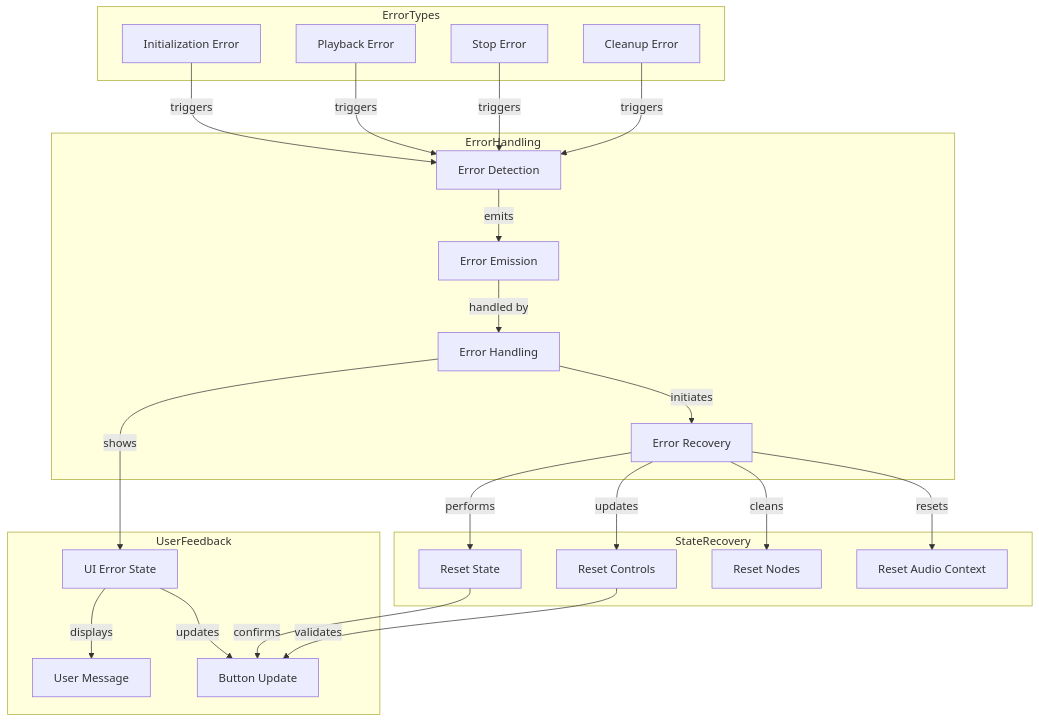
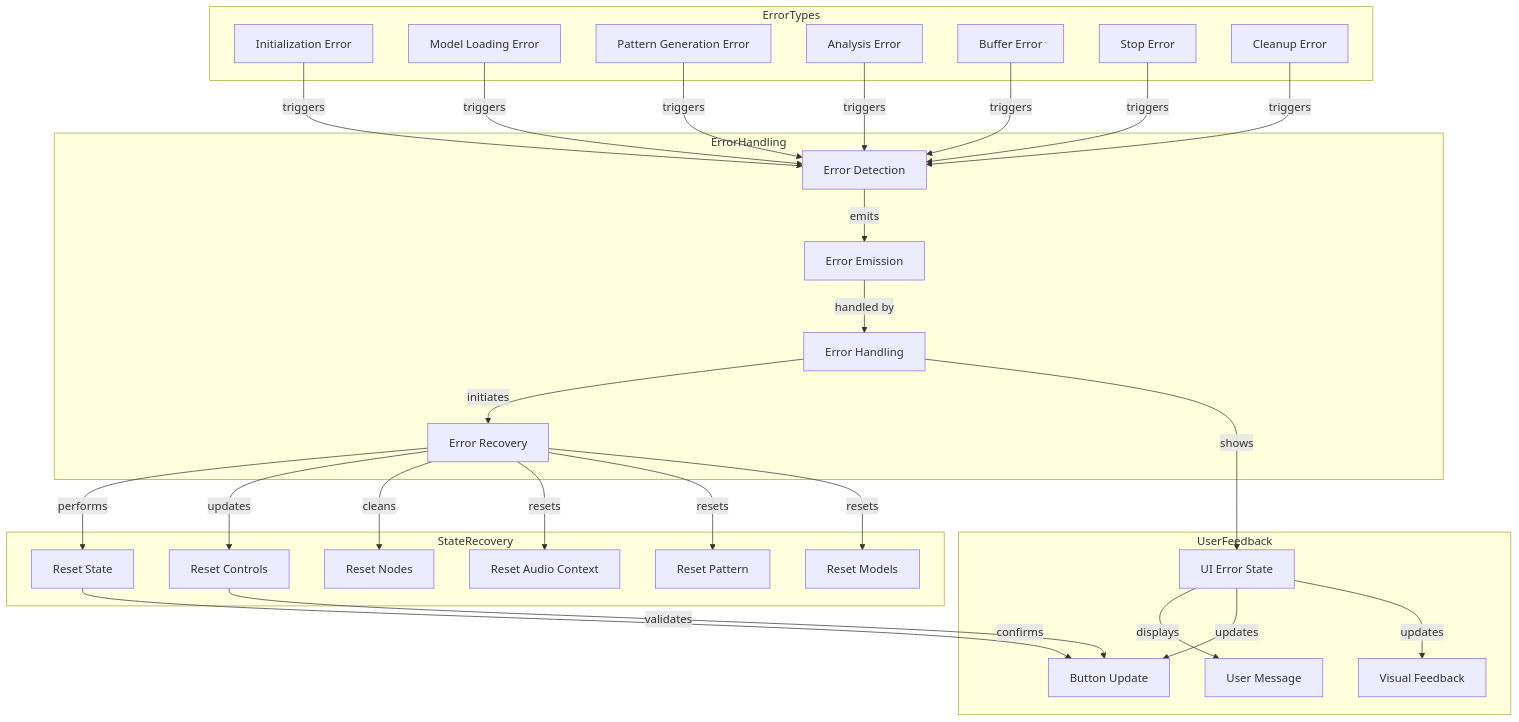
The third of 3 diagrams in diagrams/error-handling-flow.md (mgantlett/audio-viz), drawn with Mermaid before and after one commit. The commit also changed other lines of this file and 9 other files, not shown here.

First line of the commit message:
feat(audio): enhance audio system with Magenta pattern generation

````diff
--- a/diagrams/error-handling-flow.md
+++ b/diagrams/error-handling-flow.md
@@ -126,50 +156,62 @@
 ```mermaid
 graph TB
     subgraph ErrorTypes
         IE[Initialization Error]
-        PE[Playback Error]
+        ME[Model Loading Error]
+        PE[Pattern Generation Error]
+        AE[Analysis Error]
+        BE[Buffer Error]
         SE[Stop Error]
         CE[Cleanup Error]
     end
 
     subgraph ErrorHandling
         ED[Error Detection]
         EE[Error Emission]
         EH[Error Handling]
         ER[Error Recovery]
     end
 
     subgraph StateRecovery
         RS[Reset State]
         RC[Reset Controls]
         RN[Reset Nodes]
         RA[Reset Audio Context]
+        RP[Reset Pattern]
+        RM[Reset Models]
     end
 
     subgraph UserFeedback
         UE[UI Error State]
         UM[User Message]
         UB[Button Update]
+        UV[Visual Feedback]
     end
 
     IE -->|triggers| ED
+    ME -->|triggers| ED
     PE -->|triggers| ED
+    AE -->|triggers| ED
+    BE -->|triggers| ED
     SE -->|triggers| ED
     CE -->|triggers| ED
 
     ED -->|emits| EE
     EE -->|handled by| EH
     EH -->|initiates| ER
 
     ER -->|performs| RS
     ER -->|updates| RC
     ER -->|cleans| RN
     ER -->|resets| RA
+    ER -->|resets| RP
+    ER -->|resets| RM
 
     EH -->|shows| UE
     UE -->|displays| UM
     UE -->|updates| UB
+    UE -->|updates| UV
 
     RS -->|confirms| UB
     RC -->|validates| UB
 ```
````
